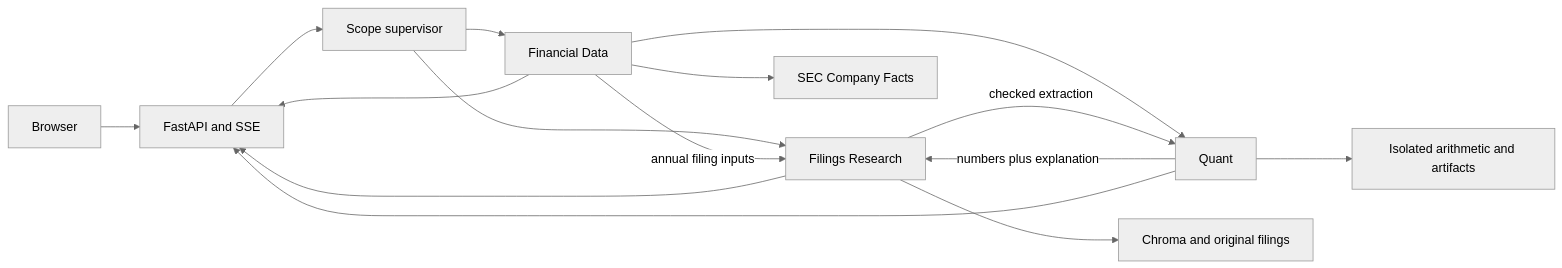
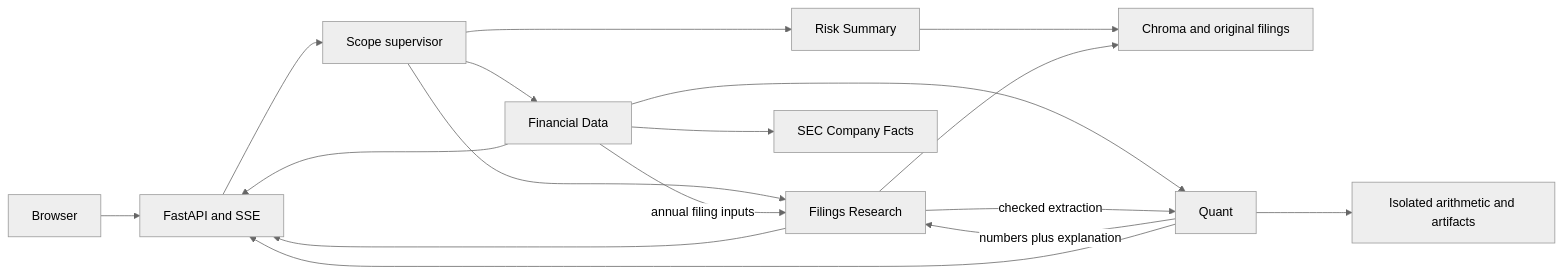
Before and after one commit to waderylan/quant-agent-orchestration: the diagram in docs/architecture.md, drawn with Mermaid (neutral theme). The commit also changed other lines of this file and 13 other files, not shown here.

First line of the commit message:
Add complete-section Risk Summary specialist

````diff
--- a/docs/architecture.md
+++ b/docs/architecture.md
@@ -5,17 +5,19 @@
 ```mermaid
 flowchart LR
   UI[Browser] --> API[FastAPI and SSE]
   API --> S[Scope supervisor]
   S --> R[Filings Research]
   S --> D[Financial Data]
+  S --> RS[Risk Summary]
+  RS --> V
   D --> Q[Quant]
   D -->|annual filing inputs| R
   R -->|checked extraction| Q
   Q -->|numbers plus explanation| R
   R --> V[Chroma and original filings]
   D --> F[SEC Company Facts]
   Q --> A[Isolated arithmetic and artifacts]
   R --> API
   D --> API
   Q --> API
 ```
````
